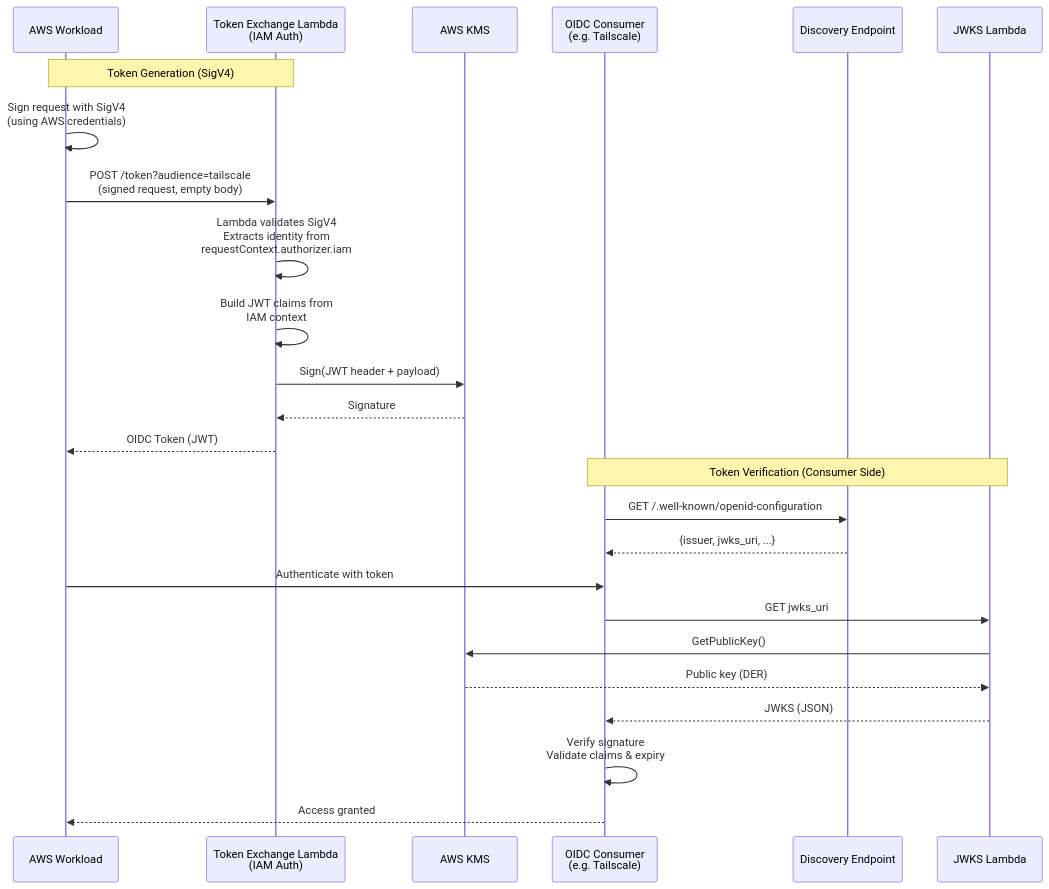
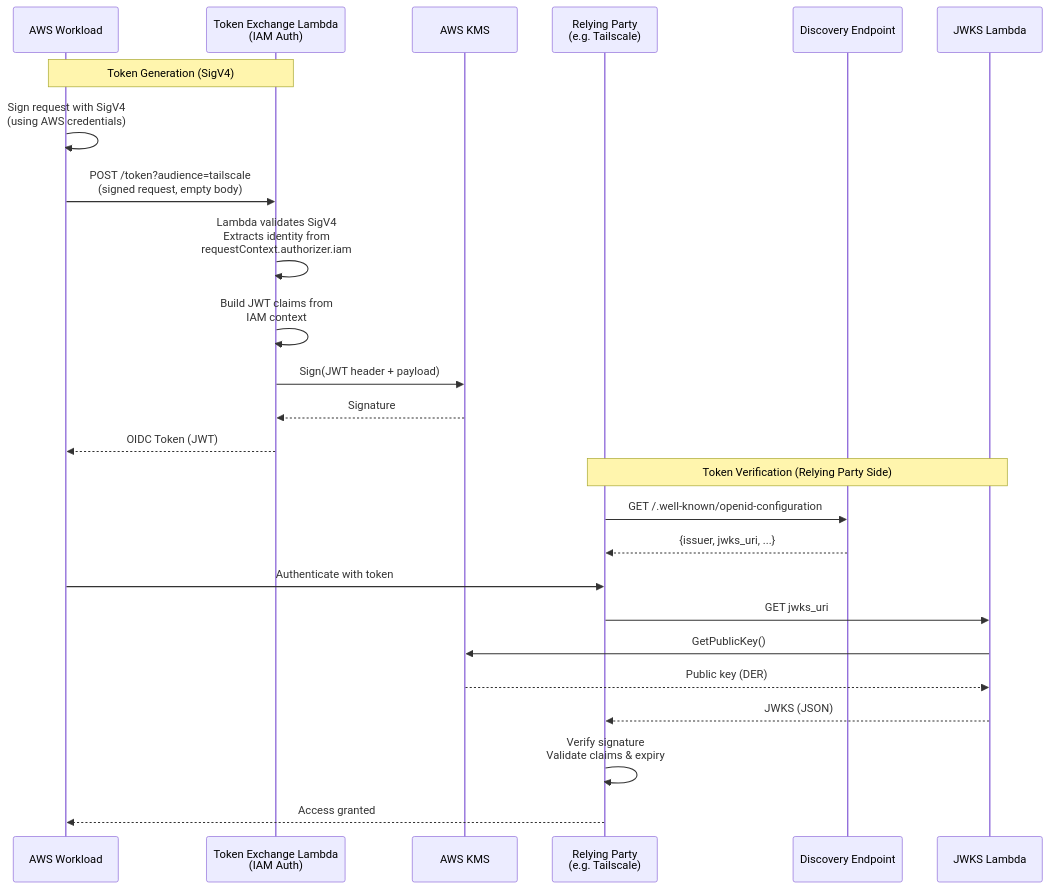
The second of 2 diagrams in README.md (latacora/aws-oidc-workload-identity), drawn with Mermaid before and after one commit. The commit also changed other lines of this file and 1 other file, not shown here.

````diff
--- a/README.md
+++ b/README.md
@@ -106,29 +119,29 @@
 ```mermaid
 sequenceDiagram
     participant Client as AWS Workload
     participant TokenLambda as Token Exchange Lambda<br/>(IAM Auth)
     participant KMS as AWS KMS
-    participant Consumer as OIDC Consumer<br/>(e.g. Tailscale)
+    participant RP as Relying Party<br/>(e.g. Tailscale)
     participant Discovery as Discovery Endpoint
     participant JWKSLambda as JWKS Lambda
 
     Note over Client,TokenLambda: Token Generation (SigV4)
     Client->>Client: Sign request with SigV4<br/>(using AWS credentials)
     Client->>TokenLambda: POST /token?audience=tailscale<br/>(signed request, empty body)
     TokenLambda->>TokenLambda: Lambda validates SigV4<br/>Extracts identity from<br/>requestContext.authorizer.iam
     TokenLambda->>TokenLambda: Build JWT claims from<br/>IAM context
     TokenLambda->>KMS: Sign(JWT header + payload)
     KMS-->>TokenLambda: Signature
     TokenLambda-->>Client: OIDC Token (JWT)
 
-    Note over Consumer,JWKSLambda: Token Verification (Consumer Side)
-    Consumer->>Discovery: GET /.well-known/openid-configuration
-    Discovery-->>Consumer: {issuer, jwks_uri, ...}
-    Client->>Consumer: Authenticate with token
-    Consumer->>JWKSLambda: GET jwks_uri
+    Note over RP,JWKSLambda: Token Verification (Relying Party Side)
+    RP->>Discovery: GET /.well-known/openid-configuration
+    Discovery-->>RP: {issuer, jwks_uri, ...}
+    Client->>RP: Authenticate with token
+    RP->>JWKSLambda: GET jwks_uri
     JWKSLambda->>KMS: GetPublicKey()
     KMS-->>JWKSLambda: Public key (DER)
-    JWKSLambda-->>Consumer: JWKS (JSON)
-    Consumer->>Consumer: Verify signature<br/>Validate claims & expiry
-    Consumer-->>Client: Access granted
+    JWKSLambda-->>RP: JWKS (JSON)
+    RP->>RP: Verify signature<br/>Validate claims & expiry
+    RP-->>Client: Access granted
 ```
````
